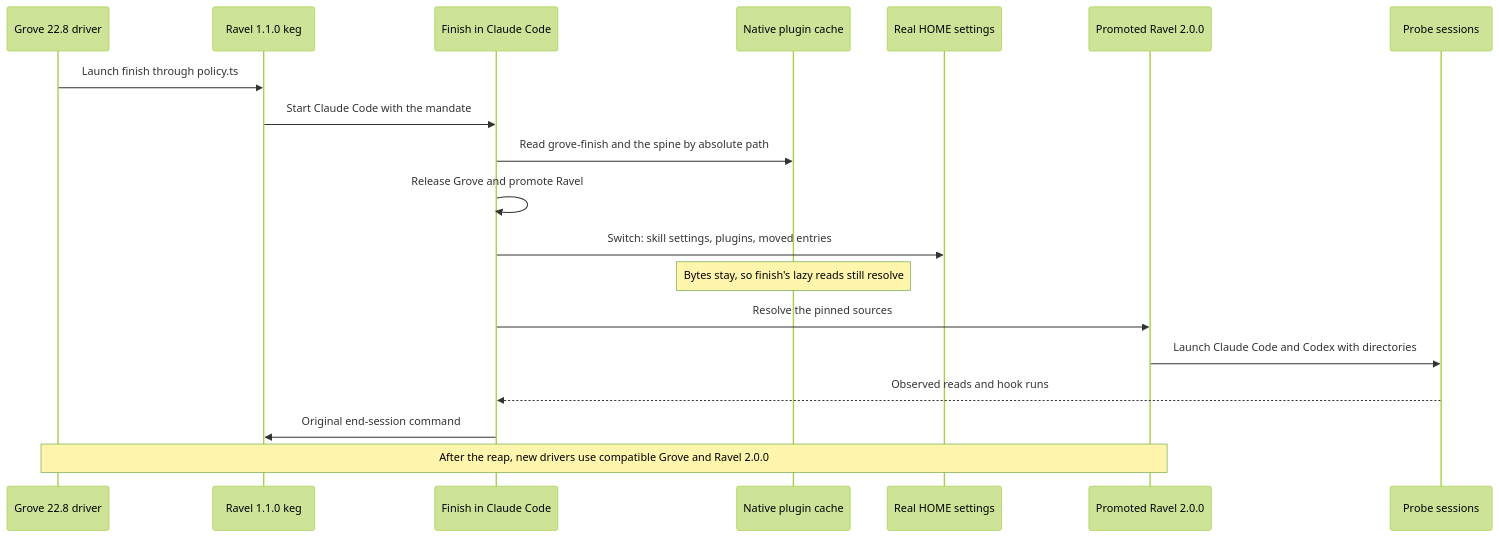
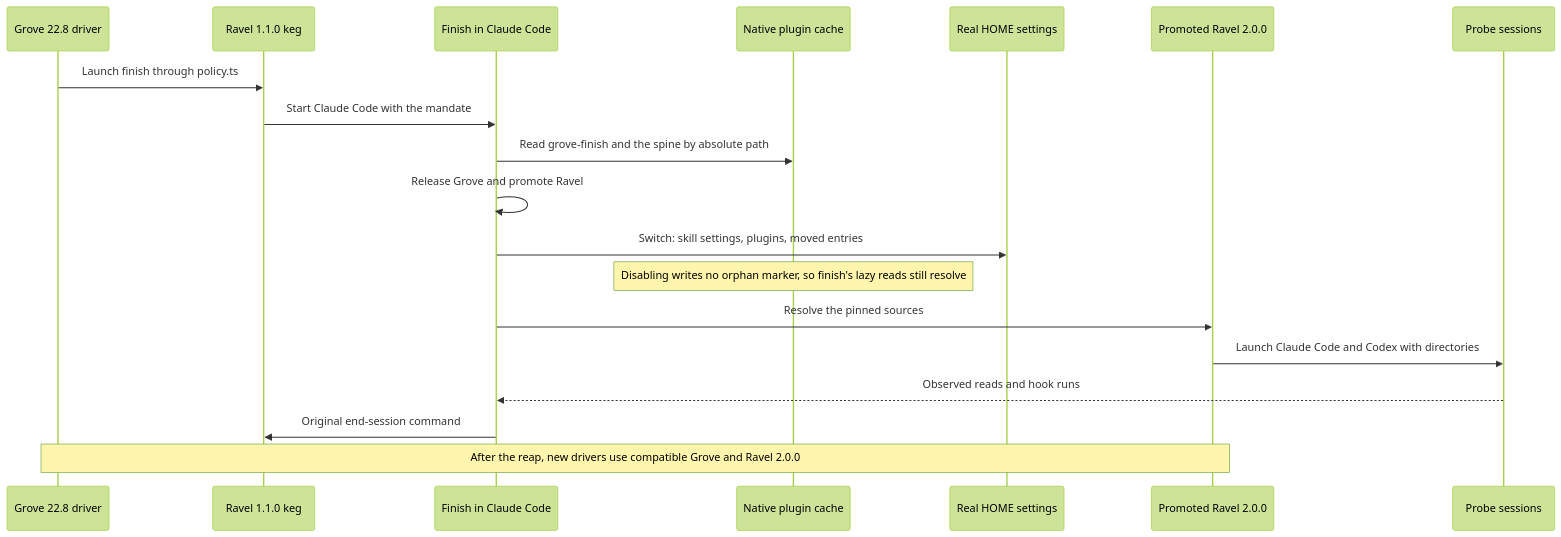
The diagram in docs/design/harness-selection-and-execution/owner-final-session.mmd (Linkuistics/grove), drawn with Mermaid (forest theme) before and after one commit. The commit also changed 13 other files, not shown here.

```diff
--- a/docs/design/harness-selection-and-execution/owner-final-session.mmd
+++ b/docs/design/harness-selection-and-execution/owner-final-session.mmd
@@ -1,19 +1,19 @@
 sequenceDiagram
     participant D as Grove 22.8 driver
     participant R1 as Ravel 1.1.0 keg
     participant F as Finish in Claude Code
     participant N as Native plugin cache
     participant H as Real HOME settings
     participant R2 as Promoted Ravel 2.0.0
     participant P as Probe sessions
     D->>R1: Launch finish through policy.ts
     R1->>F: Start Claude Code with the mandate
     F->>N: Read grove-finish and the spine by absolute path
     F->>F: Release Grove and promote Ravel
     F->>H: Switch: skill settings, plugins, moved entries
-    Note over N: Bytes stay, so finish's lazy reads still resolve
+    Note over N: Disabling writes no orphan marker, so finish's lazy reads still resolve
     F->>R2: Resolve the pinned sources
     R2->>P: Launch Claude Code and Codex with directories
     P-->>F: Observed reads and hook runs
     F->>R1: Original end-session command
     Note over D,R2: After the reap, new drivers use compatible Grove and Ravel 2.0.0
```
